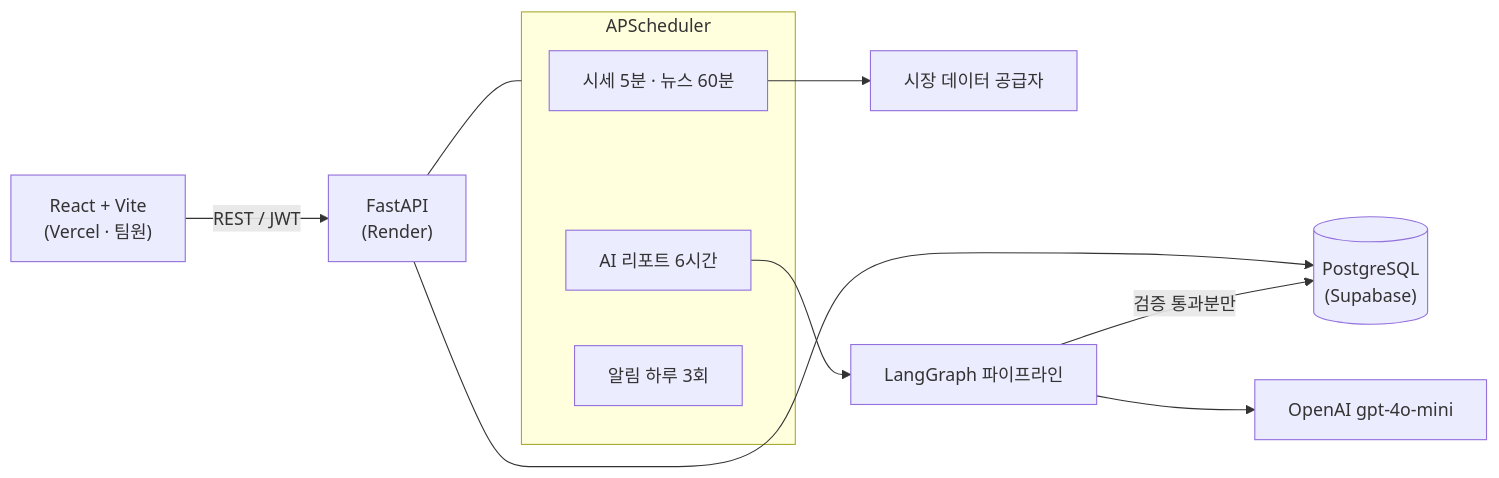
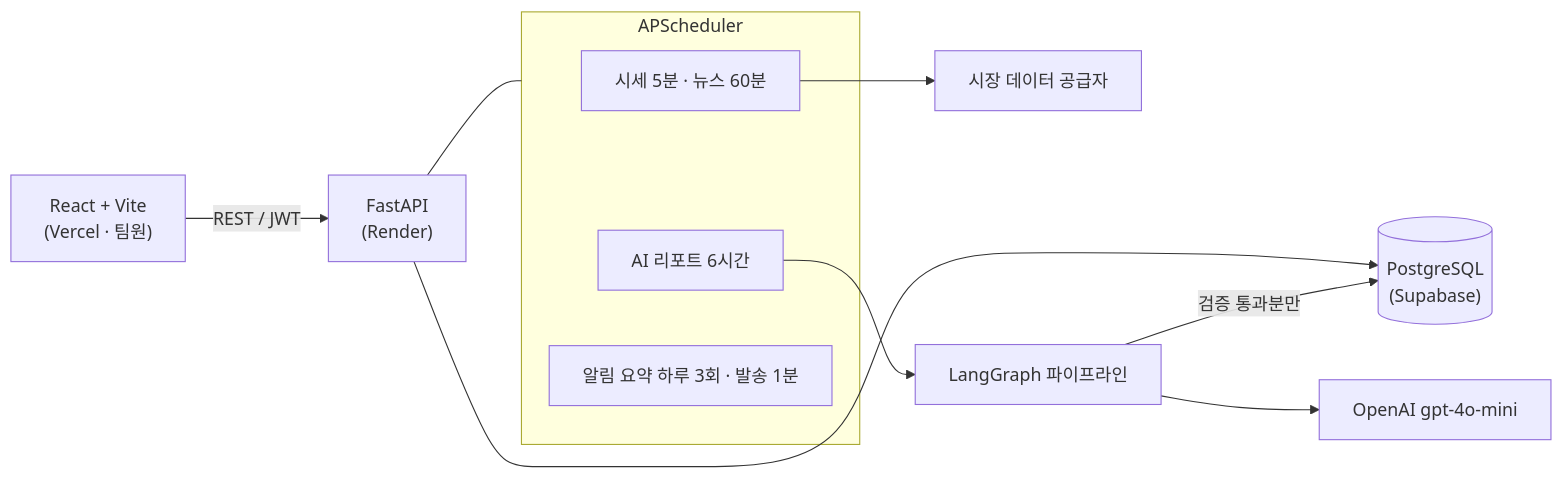
The eighth of 9 diagrams in README.md (SunWoo1213/AI-Invest), drawn with Mermaid before and after one commit. The commit also changed other lines of this file, not shown here.

````diff
--- a/README.md
+++ b/README.md
@@ -44,15 +582,15 @@
 ```mermaid
 flowchart LR
     FE["React + Vite<br/>(Vercel · 팀원)"] -->|REST / JWT| BE["FastAPI<br/>(Render)"]
     BE --> DB[("PostgreSQL<br/>(Supabase)")]
     subgraph SCH[APScheduler]
       S1[시세 5분 · 뉴스 60분]
       S3[AI 리포트 6시간]
-      S4[알림 하루 3회]
+      S4[알림 요약 하루 3회 · 발송 1분]
     end
     BE --- SCH
     S1 --> EXT[시장 데이터 공급자]
     S3 --> G[LangGraph 파이프라인]
     G --> LLM[OpenAI gpt-4o-mini]
     G -->|검증 통과분만| DB
 ```
````
